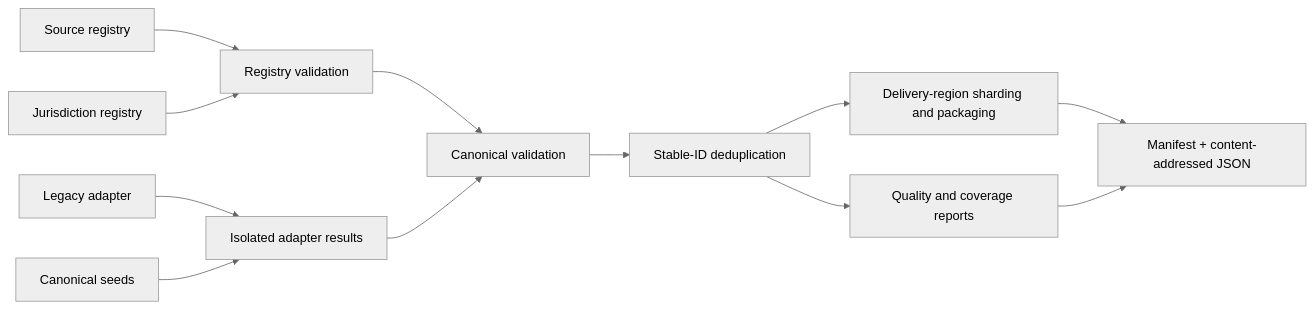
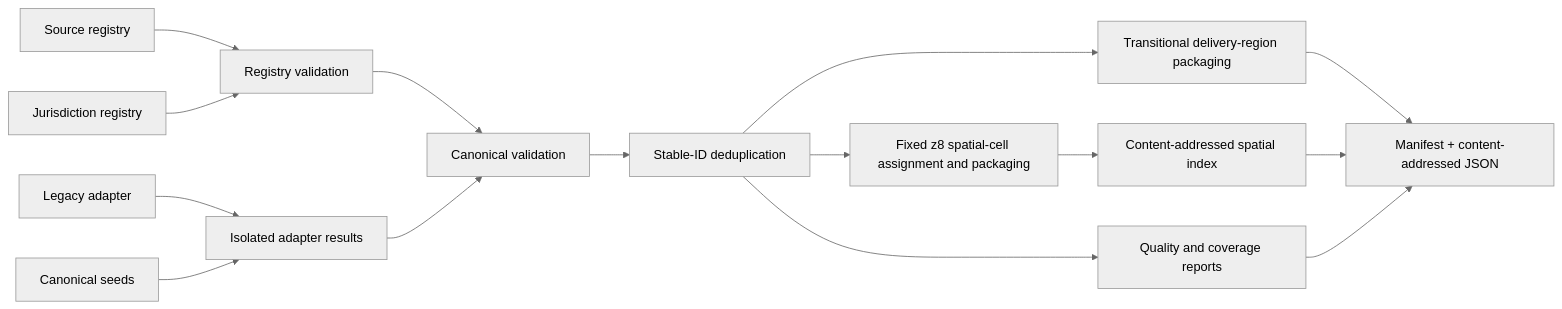
The diagram in docs/ingestion.md (adsamcik/Alpine-Passes), drawn with Mermaid (neutral theme) before and after one commit. The commit also changed other lines of this file and 206 other files, not shown here.

````diff
--- a/docs/ingestion.md
+++ b/docs/ingestion.md
@@ -12,14 +12,17 @@
 ```mermaid
 flowchart LR
     SR["Source registry"] --> V["Registry validation"]
     JR["Jurisdiction registry"] --> V
     L["Legacy adapter"] --> I["Isolated adapter results"]
     S["Canonical seeds"] --> I
     V --> N["Canonical validation"]
     I --> N
     N --> D["Stable-ID deduplication"]
-    D --> P["Delivery-region sharding and packaging"]
+    D --> R["Transitional delivery-region packaging"]
+    D --> C["Fixed z8 spatial-cell assignment and packaging"]
+    C --> X["Content-addressed spatial index"]
     D --> Q["Quality and coverage reports"]
-    P --> M["Manifest + content-addressed JSON"]
+    R --> M["Manifest + content-addressed JSON"]
+    X --> M
     Q --> M
 ```
````
